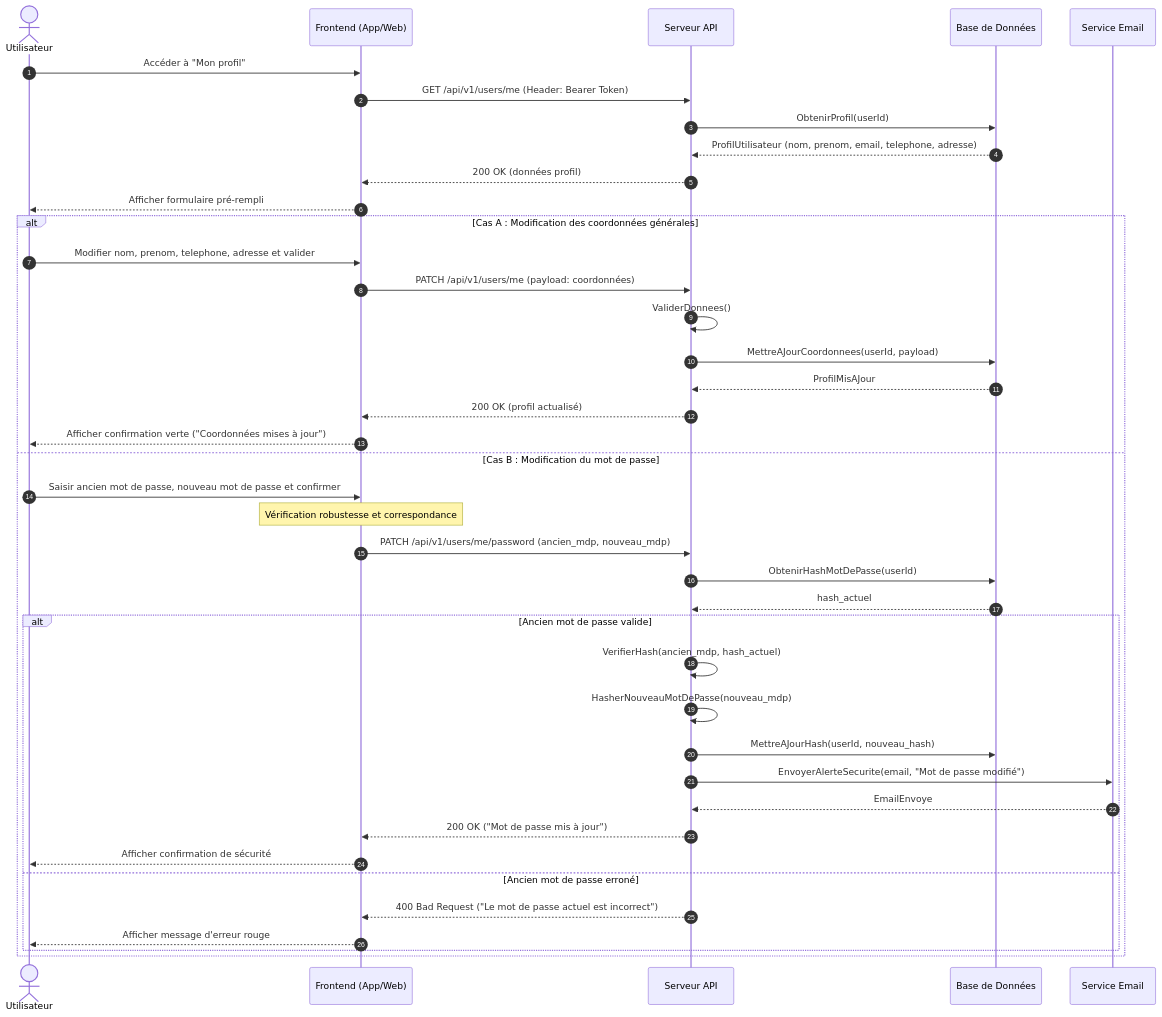
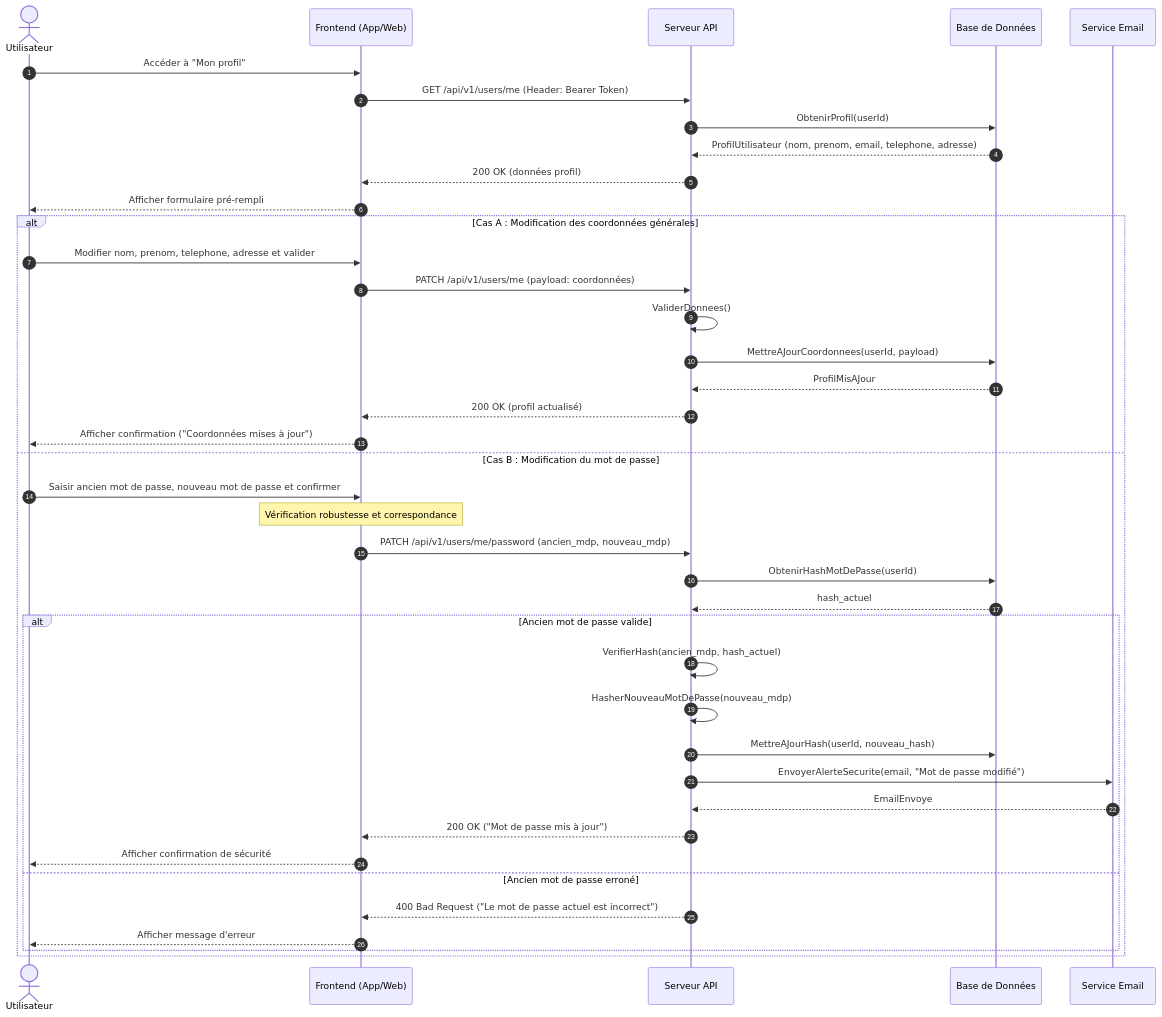
One commit to sebbadev/vite-gourmand changed the seventh of 8 diagrams in docs/specs/parcours_client.md. Above: the diagram before and after it, drawn with Mermaid. The commit also changed other lines of this file and 3 other files, not shown here.

````diff
--- a/docs/specs/parcours_client.md
+++ b/docs/specs/parcours_client.md
@@ -400,49 +421,50 @@
 ```mermaid
 sequenceDiagram
     autonumber
     actor Client as Utilisateur
     participant Front as Frontend (App/Web)
     participant API as Serveur API
     participant BDD as Base de Données
     participant Mail as Service Email
 
     %% 1. Chargement initial
     Client ->> Front: Accéder à "Mon profil"
     Front ->> API: GET /api/v1/users/me (Header: Bearer Token)
     API ->> BDD: ObtenirProfil(userId)
     BDD -->> API: ProfilUtilisateur (nom, prenom, email, telephone, adresse)
     API -->> Front: 200 OK (données profil)
     Front -->> Client: Afficher formulaire pré-rempli
 
     %% 2. Cas A : Modification coordonnées
     alt Cas A : Modification des coordonnées générales
         Client ->> Front: Modifier nom, prenom, telephone, adresse et valider
         Front ->> API: PATCH /api/v1/users/me (payload: coordonnées)
         API ->> API: ValiderDonnees()
         API ->> BDD: MettreAJourCoordonnees(userId, payload)
         BDD -->> API: ProfilMisAJour
         API -->> Front: 200 OK (profil actualisé)
-        Front -->> Client: Afficher confirmation verte ("Coordonnées mises à jour")
+        Front -->> Client: Afficher confirmation ("Coordonnées mises à jour")
 
     %% 3. Cas B : Modification du mot de passe
     else Cas B : Modification du mot de passe
         Client ->> Front: Saisir ancien mot de passe, nouveau mot de passe et confirmer
         Note over Front: Vérification robustesse et correspondance
         Front ->> API: PATCH /api/v1/users/me/password (ancien_mdp, nouveau_mdp)
         API ->> BDD: ObtenirHashMotDePasse(userId)
         BDD -->> API: hash_actuel
 
         alt Ancien mot de passe valide
             API ->> API: VerifierHash(ancien_mdp, hash_actuel)
             API ->> API: HasherNouveauMotDePasse(nouveau_mdp)
             API ->> BDD: MettreAJourHash(userId, nouveau_hash)
             API ->> Mail: EnvoyerAlerteSecurite(email, "Mot de passe modifié")
             Mail -->> API: EmailEnvoye
             API -->> Front: 200 OK ("Mot de passe mis à jour")
             Front -->> Client: Afficher confirmation de sécurité
         else Ancien mot de passe erroné
             API -->> Front: 400 Bad Request ("Le mot de passe actuel est incorrect")
-            Front -->> Client: Afficher message d'erreur rouge
+            Front -->> Client: Afficher message d'erreur
         end
     end
+
 ```
````
